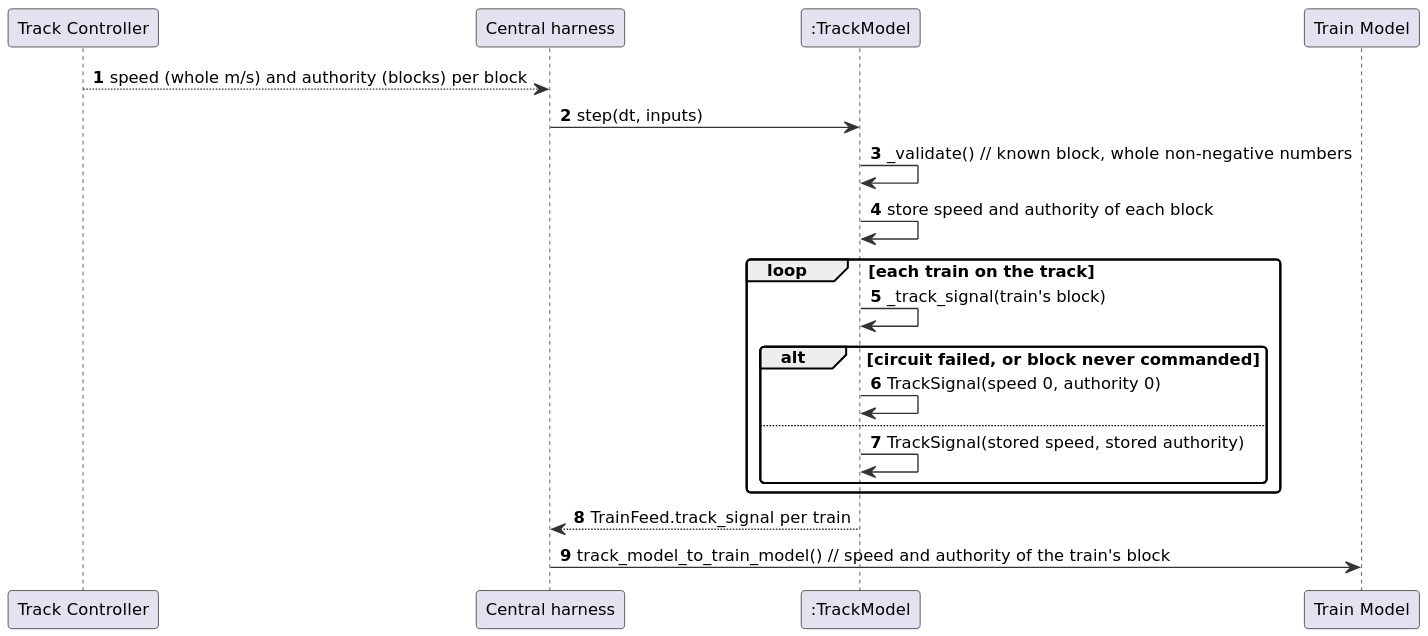
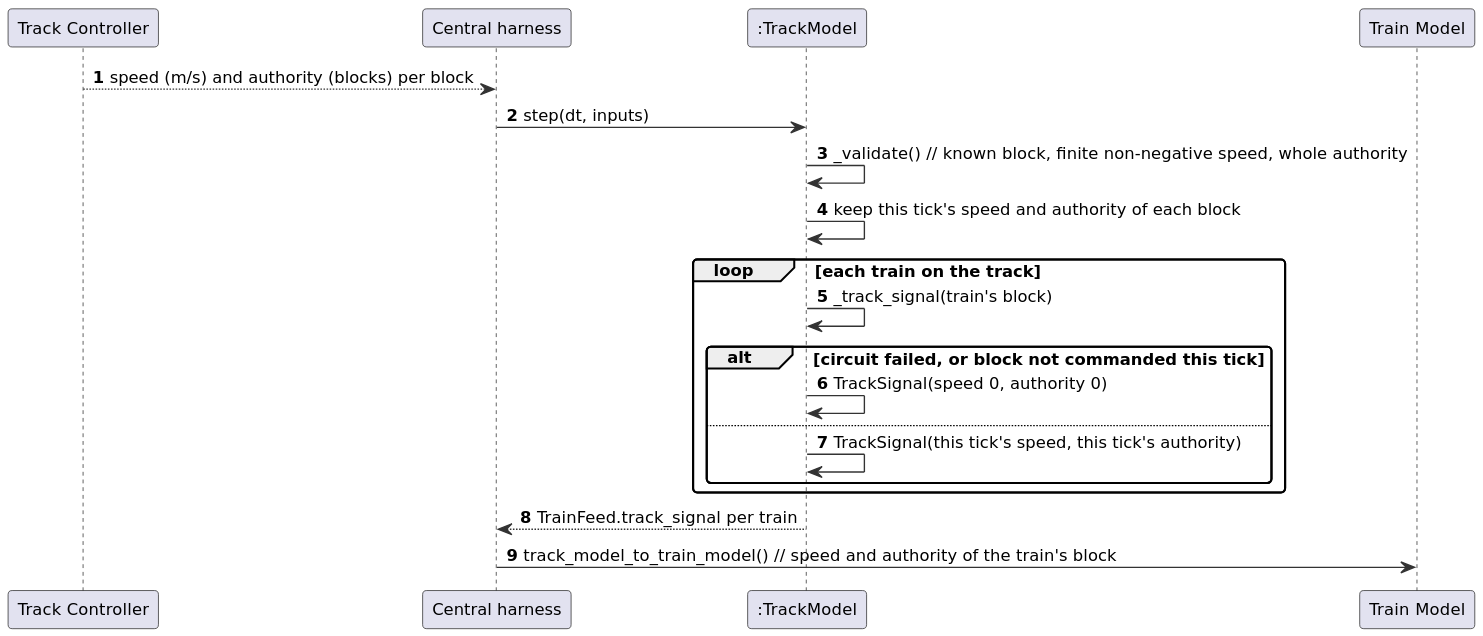
The diagram in documents/uml/track_model/sd07_circuit.puml (Landiss04/Track-Overflow), drawn with PlantUML before and after one commit. The commit also changed 14 other files, not shown here.

First line of the commit message:
Track Model SDD: class diagrams show every function the sequences use

```diff
--- a/documents/uml/track_model/sd07_circuit.puml
+++ b/documents/uml/track_model/sd07_circuit.puml
@@ -1,30 +1,30 @@
 @startuml
 skinparam shadowing false
 skinparam dpi 170
 skinparam defaultFontName DejaVu Sans
 skinparam defaultFontSize 12
 skinparam roundCorner 6
 skinparam ArrowColor #333333
 skinparam BackgroundColor white
 skinparam sequenceMessageAlign left
 skinparam ParticipantPadding 20
 autonumber
 participant "Track Controller" as TC
 participant "Central harness" as H
 participant ":TrackModel" as TM
 participant "Train Model" as TRM
-TC --> H : speed (whole m/s) and authority (blocks) per block
+TC --> H : speed (m/s) and authority (blocks) per block
 H -> TM : step(dt, inputs)
-TM -> TM : _validate()  // known block, whole non-negative numbers
-TM -> TM : store speed and authority of each block
+TM -> TM : _validate()  // known block, finite non-negative speed, whole authority
+TM -> TM : keep this tick's speed and authority of each block
 loop each train on the track
   TM -> TM : _track_signal(train's block)
-  alt circuit failed, or block never commanded
+  alt circuit failed, or block not commanded this tick
     TM -> TM : TrackSignal(speed 0, authority 0)
   else
-    TM -> TM : TrackSignal(stored speed, stored authority)
+    TM -> TM : TrackSignal(this tick's speed, this tick's authority)
   end
 end
 TM --> H : TrainFeed.track_signal per train
 H -> TRM : track_model_to_train_model()  // speed and authority of the train's block
 @enduml
```
